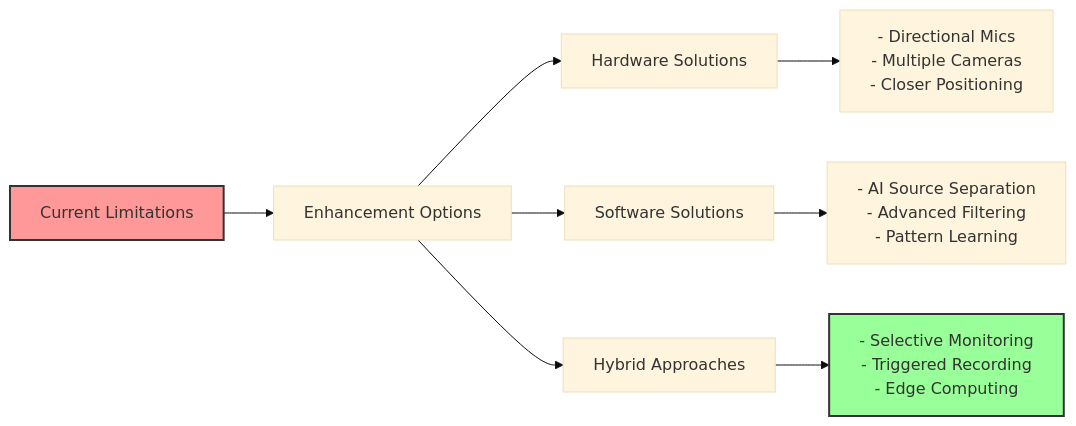
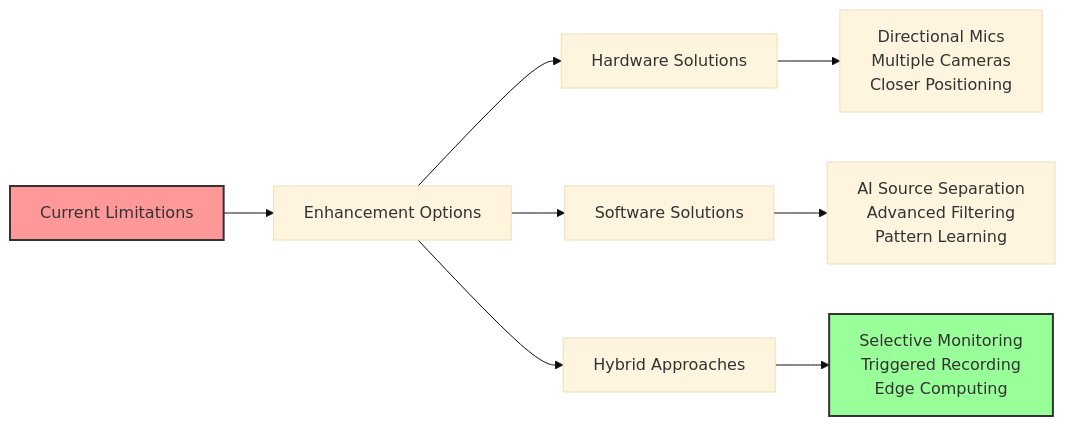
The tenth of 11 diagrams in HESS_Report.md (wonder-dmercadal/PublicReports), drawn with Mermaid (base theme) before and after one commit.

````diff
--- a/HESS_Report.md
+++ b/HESS_Report.md
@@ -486,17 +486,17 @@
 ```mermaid
 flowchart LR
     A[Current Limitations] --> B[Enhancement Options]
     
     B --> C[Hardware Solutions]
     B --> D[Software Solutions]
     B --> E[Hybrid Approaches]
     
-    C --> F[- Directional Mics<br/>- Multiple Cameras<br/>- Closer Positioning]
+    C --> F[Directional Mics<br/>Multiple Cameras<br/>Closer Positioning]
     
-    D --> G[- AI Source Separation<br/>- Advanced Filtering<br/>- Pattern Learning]
+    D --> G[AI Source Separation<br/>Advanced Filtering<br/>Pattern Learning]
     
-    E --> H[- Selective Monitoring<br/>- Triggered Recording<br/>- Edge Computing]
+    E --> H[Selective Monitoring<br/>Triggered Recording<br/>Edge Computing]
     
     style A fill:#f99,stroke:#333,stroke-width:2px
     style H fill:#9f9,stroke:#333,stroke-width:2px
 ```
````
